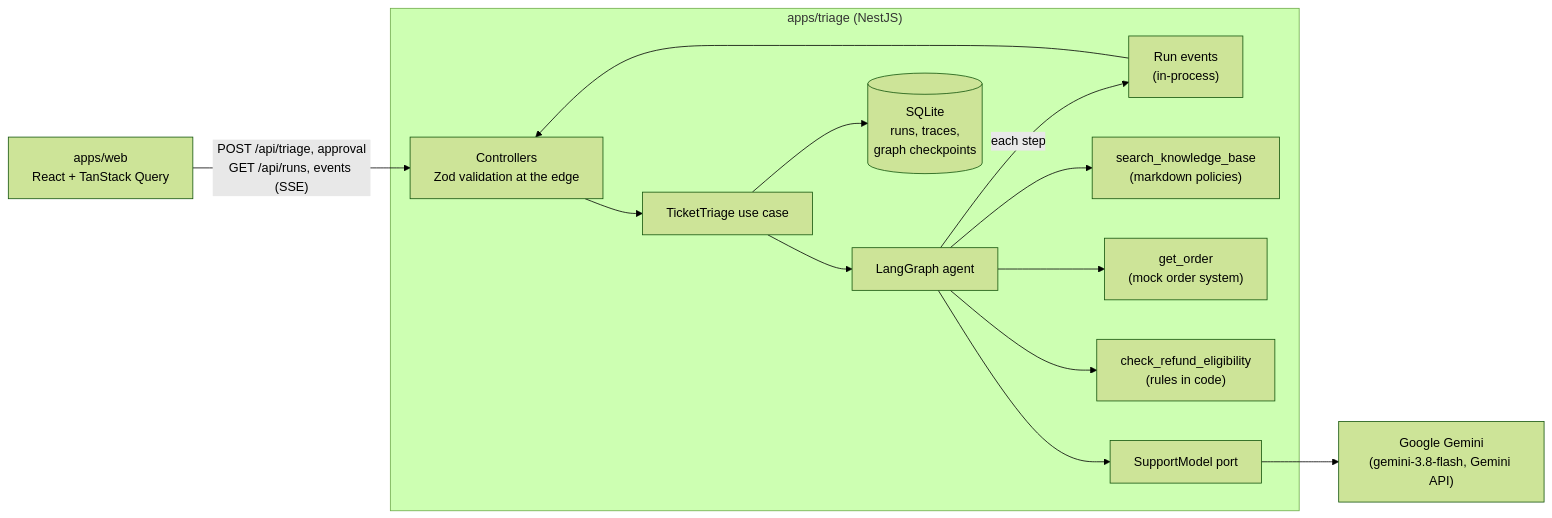
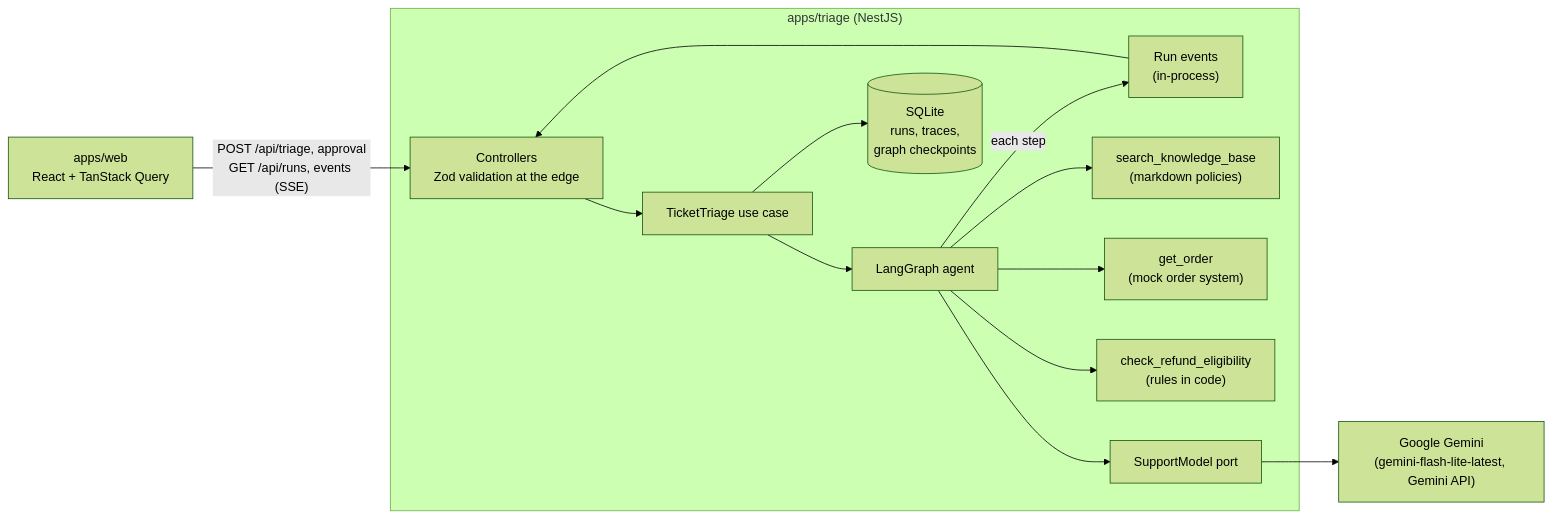
One commit to hovorun-art/bulls-media-test-task changed the first of 2 diagrams in README.md. Above: the diagram before and after it, drawn with Mermaid (forest theme). The commit also changed other lines of this file and 8 other files, not shown here.

First line of the commit message:
feat(triage): default model gemini-flash-lite-latest

````diff
--- a/README.md
+++ b/README.md
@@ -77,15 +77,15 @@
 ```mermaid
 flowchart LR
   UI["apps/web<br/>React + TanStack Query"] -- "POST /api/triage, approval<br/>GET /api/runs, events (SSE)" --> API
   subgraph svc["apps/triage (NestJS)"]
     API["Controllers<br/>Zod validation at the edge"] --> UC["TicketTriage use case"]
     UC --> AG["LangGraph agent"]
     UC --> DB[("SQLite<br/>runs, traces,<br/>graph checkpoints")]
     AG -- "each step" --> EV["Run events<br/>(in-process)"] --> API
     AG --> T1["search_knowledge_base<br/>(markdown policies)"]
     AG --> T2["get_order<br/>(mock order system)"]
     AG --> T3["check_refund_eligibility<br/>(rules in code)"]
     AG --> M["SupportModel port"]
   end
-  M --> G["Google Gemini<br/>(gemini-3.8-flash, Gemini API)"]
+  M --> G["Google Gemini<br/>(gemini-flash-lite-latest, Gemini API)"]
 ```
````
